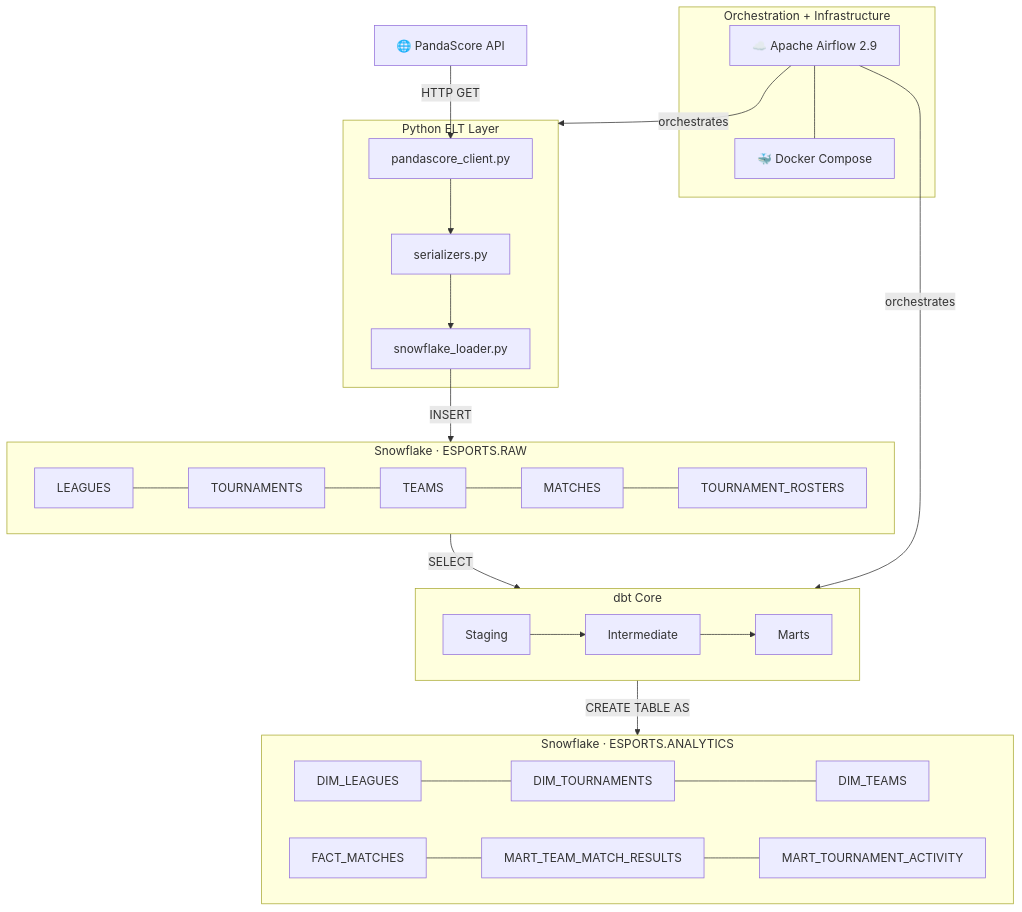
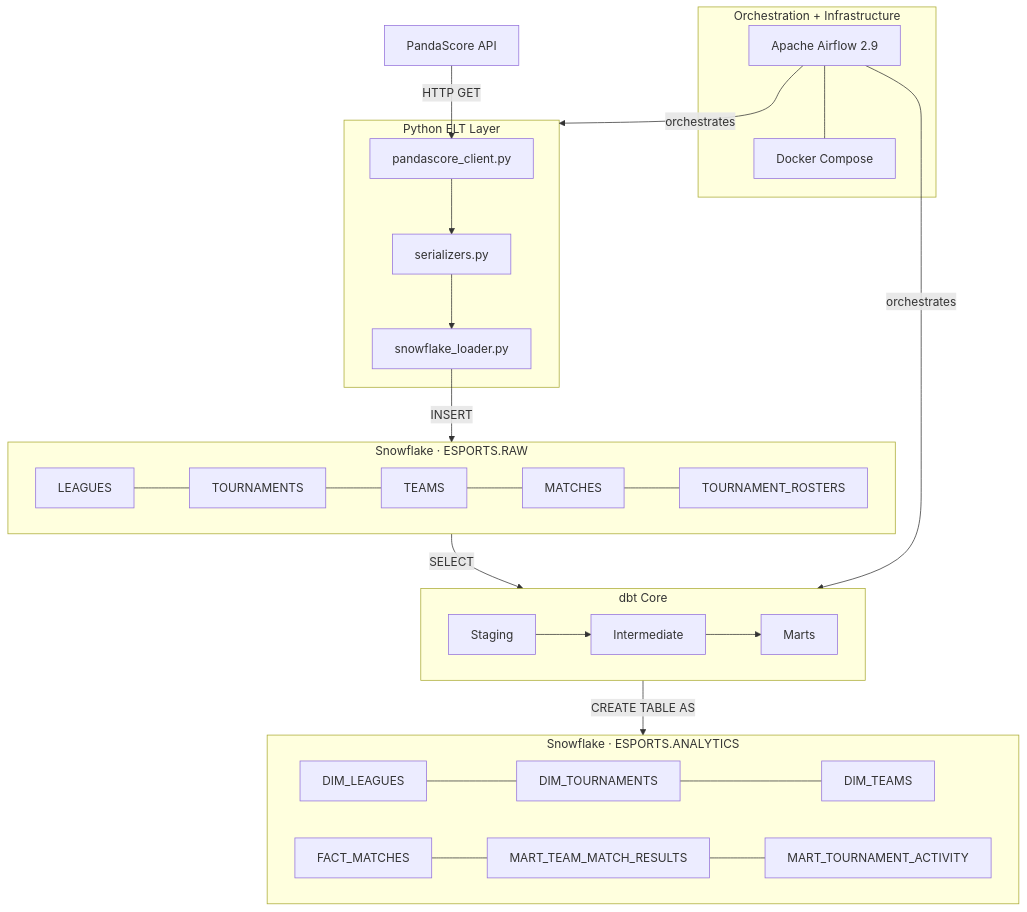
Before and after one commit to JoeAlexBV/esports-elt-pipeline: the diagram in README.md, drawn with Mermaid.

````diff
--- a/README.md
+++ b/README.md
@@ -25,32 +25,32 @@
 ```mermaid
 flowchart TD
-    API["🌐 PandaScore API"]
+    API["PandaScore API"]
 
     subgraph PYTHON["Python ELT Layer"]
         CLIENT["pandascore_client.py"] --> SERIAL["serializers.py"] --> LOADER["snowflake_loader.py"]
     end
 
     subgraph RAW["Snowflake · ESPORTS.RAW"]
         R1["LEAGUES"] --- R2["TOURNAMENTS"] --- R3["TEAMS"] --- R4["MATCHES"] --- R5["TOURNAMENT_ROSTERS"]
     end
 
     subgraph DBT["dbt Core"]
         STG["Staging"] --> INT["Intermediate"] --> MRT["Marts"]
     end
 
     subgraph ANALYTICS["Snowflake · ESPORTS.ANALYTICS"]
         A1["DIM_LEAGUES"] --- A2["DIM_TOURNAMENTS"] --- A3["DIM_TEAMS"]
         A4["FACT_MATCHES"] --- A5["MART_TEAM_MATCH_RESULTS"] --- A6["MART_TOURNAMENT_ACTIVITY"]
     end
 
     subgraph INFRA["Orchestration + Infrastructure"]
-        AF["☁️ Apache Airflow 2.9"] --- DC["🐳 Docker Compose"]
+        AF["Apache Airflow 2.9"] --- DC["Docker Compose"]
     end
 
     API -->|"HTTP GET"| CLIENT
     LOADER -->|"INSERT"| RAW
     RAW -->|"SELECT"| DBT
     DBT -->|"CREATE TABLE AS"| ANALYTICS
     AF -->|"orchestrates"| PYTHON
     AF -->|"orchestrates"| DBT
 ```
````
